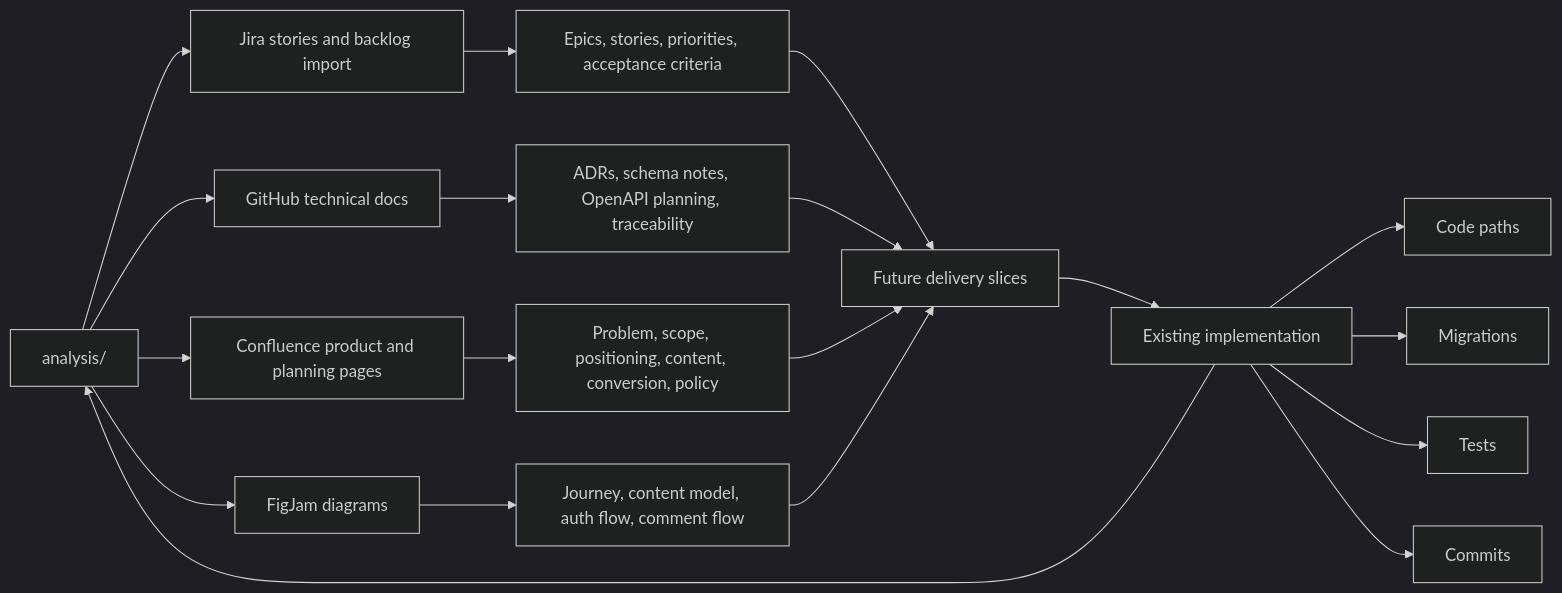
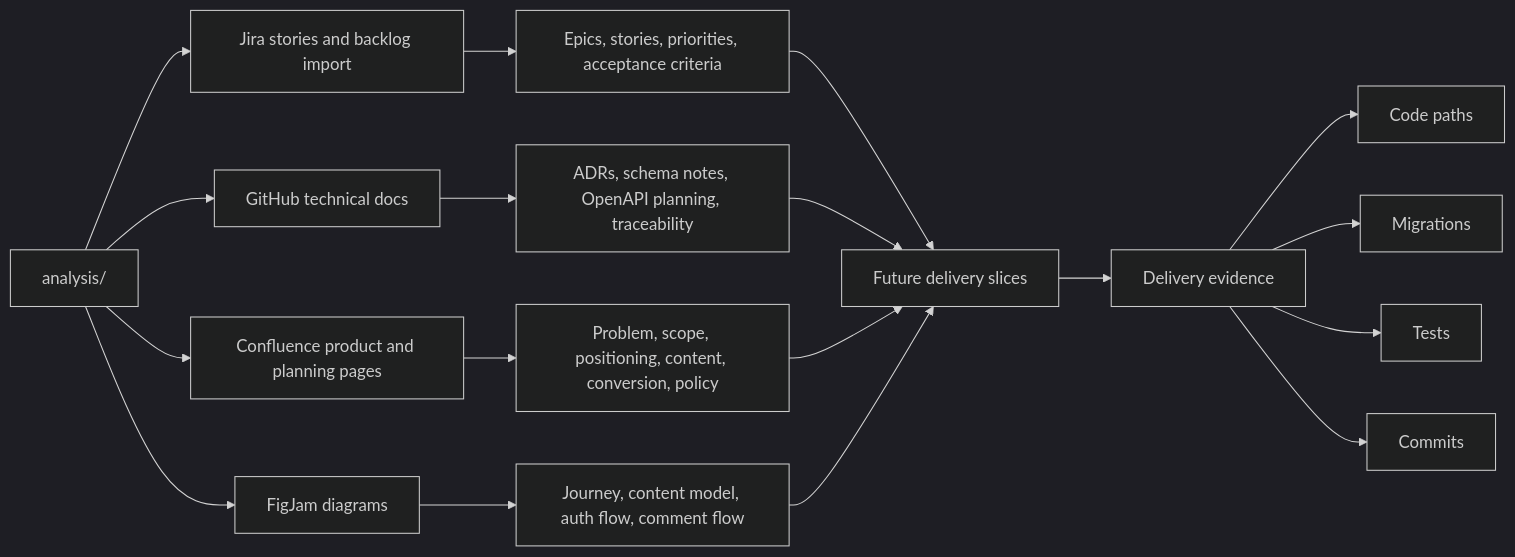
Before and after one commit to TheThouZands/portfolio: the diagram in analysis/design/diagrams/pf-diag-007-documentation-toolchain.md, drawn with Mermaid (dark theme). The commit also changed other lines of this file and 15 other files, not shown here.

````diff
--- a/analysis/design/diagrams/pf-diag-007-documentation-toolchain.md
+++ b/analysis/design/diagrams/pf-diag-007-documentation-toolchain.md
@@ -22,24 +22,22 @@
 ```mermaid
 flowchart LR
   A["analysis/"] --> B["Confluence product and planning pages"]
   A --> C["Jira stories and backlog import"]
   A --> D["FigJam diagrams"]
   A --> E["GitHub technical docs"]
 
   B --> B1["Problem, scope, positioning, content, conversion, policy"]
   C --> C1["Epics, stories, priorities, acceptance criteria"]
   D --> D1["Journey, content model, auth flow, comment flow"]
   E --> E1["ADRs, schema notes, OpenAPI planning, traceability"]
 
-  F["Existing implementation"] --> A
+  C1 --> G["Future delivery slices"]
+  E1 --> G
+  B1 --> G
+  D1 --> G
+  G --> F["Delivery evidence"]
   F --> F1["Code paths"]
   F --> F2["Migrations"]
   F --> F3["Tests"]
   F --> F4["Commits"]
-
-  C1 --> G["Future delivery slices"]
-  E1 --> G
-  B1 --> G
-  D1 --> G
-  G --> F
 ```
````
